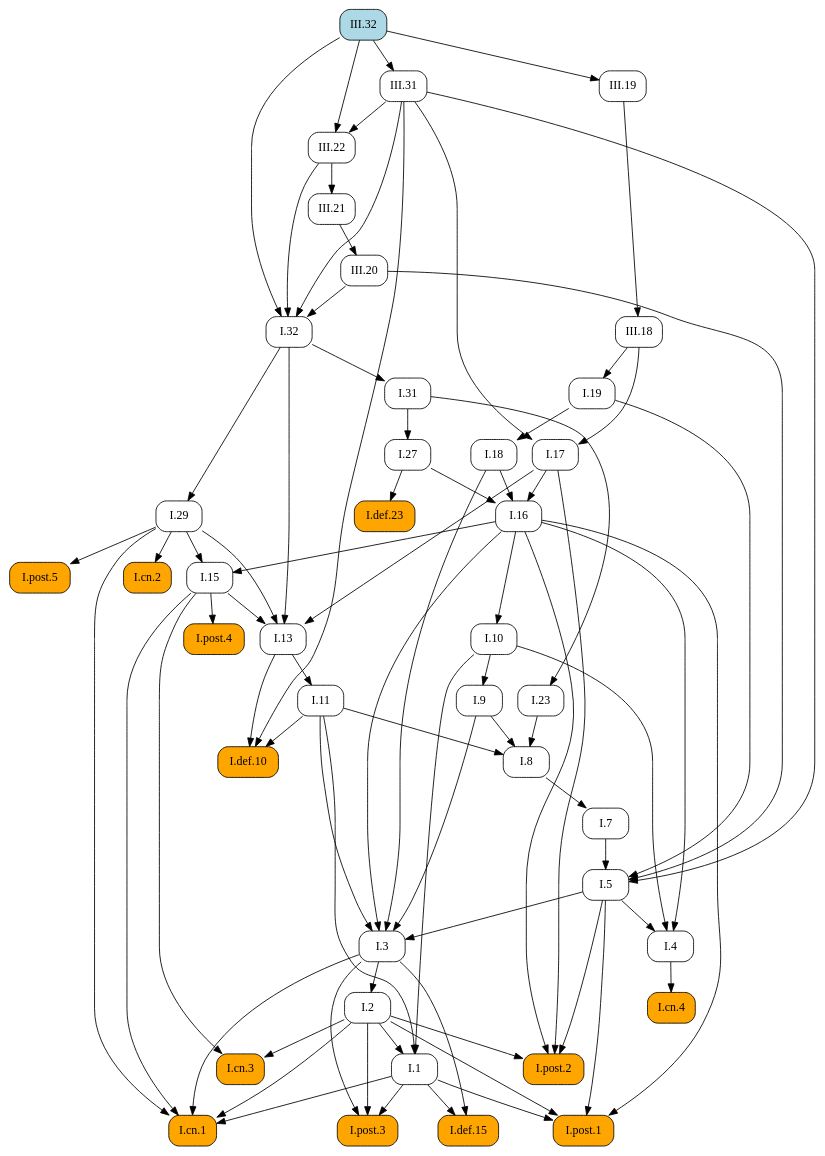
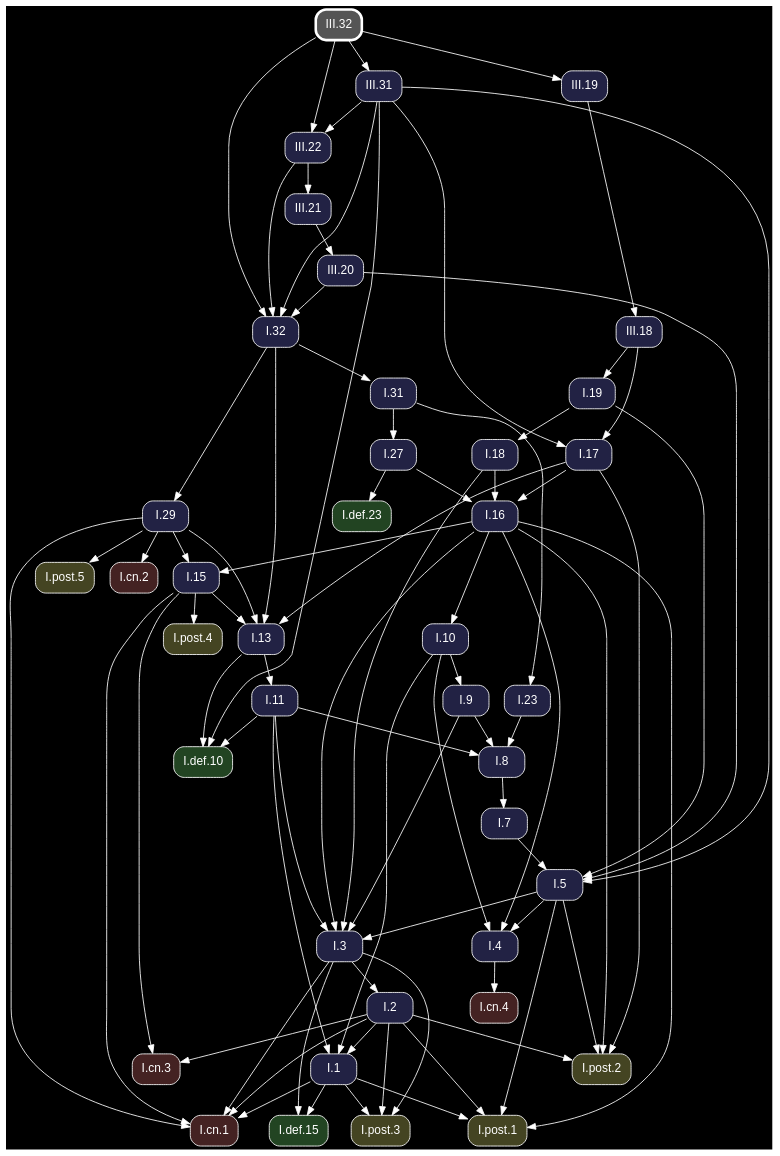
Before and after one commit to geometor/elements: the diagram in docsrc/heath/III/32/index.rst, drawn with Graphviz. The commit also changed other lines of this file and 1200 other files, not shown here.

Commit message:
update dependency graphs

```diff
--- a/docsrc/heath/III/32/index.rst
+++ b/docsrc/heath/III/32/index.rst
@@ -57,74 +57,55 @@
 .. graphviz::
 
    digraph {
+     bgcolor="black";
+     node [shape=box, style="rounded,filled", fontname="Helvetica", color="white", fontcolor="white"];
+     edge [color="white", fontcolor="white"];
      rankdir="TB";
-     node [shape=box, style=rounded];
-     "I.23" [URL="/heath/I/23/", target="_top"];
-     "I.9" [URL="/heath/I/9/", target="_top"];
-     "I.32" [URL="/heath/I/32/", target="_top"];
-     "I.def.15" [style="rounded,filled", fillcolor=orange, URL="/heath/I/def.15/", target="_top"];
-     "I.post.3" [style="rounded,filled", fillcolor=orange, URL="/heath/I/post.3/", target="_top"];
-     "I.post.1" [style="rounded,filled", fillcolor=orange, URL="/heath/I/post.1/", target="_top"];
-     "I.19" [URL="/heath/I/19/", target="_top"];
-     "III.20" [URL="/heath/III/20/", target="_top"];
-     "III.19" [URL="/heath/III/19/", target="_top"];
-     "I.31" [URL="/heath/I/31/", target="_top"];
-     "III.22" [URL="/heath/III/22/", target="_top"];
-     "I.def.10" [style="rounded,filled", fillcolor=orange, URL="/heath/I/def.10/", target="_top"];
-     "I.18" [URL="/heath/I/18/", target="_top"];
-     "I.27" [URL="/heath/I/27/", target="_top"];
-     "I.3" [URL="/heath/I/3/", target="_top"];
-     "I.cn.1" [style="rounded,filled", fillcolor=orange, URL="/heath/I/cn.1/", target="_top"];
-     "III.18" [URL="/heath/III/18/", target="_top"];
-     "I.7" [URL="/heath/I/7/", target="_top"];
-     "I.2" [URL="/heath/I/2/", target="_top"];
-     "III.32" [style="rounded,filled", fillcolor=lightblue, URL="/heath/III/32/", target="_top"];
-     "I.13" [URL="/heath/I/13/", target="_top"];
-     "I.post.4" [style="rounded,filled", fillcolor=orange, URL="/heath/I/post.4/", target="_top"];
-     "I.4" [URL="/heath/I/4/", target="_top"];
-     "I.1" [URL="/heath/I/1/", target="_top"];
-     "I.5" [URL="/heath/I/5/", target="_top"];
-     "I.17" [URL="/heath/I/17/", target="_top"];
-     "I.8" [URL="/heath/I/8/", target="_top"];
-     "I.29" [URL="/heath/I/29/", target="_top"];
-     "I.cn.3" [style="rounded,filled", fillcolor=orange, URL="/heath/I/cn.3/", target="_top"];
-     "I.16" [URL="/heath/I/16/", target="_top"];
-     "III.31" [URL="/heath/III/31/", target="_top"];
-     "I.15" [URL="/heath/I/15/", target="_top"];
-     "I.10" [URL="/heath/I/10/", target="_top"];
-     "I.11" [URL="/heath/I/11/", target="_top"];
-     "I.def.23" [style="rounded,filled", fillcolor=orange, URL="/heath/I/def.23/", target="_top"];
-     "I.cn.2" [style="rounded,filled", fillcolor=orange, URL="/heath/I/cn.2/", target="_top"];
-     "I.post.5" [style="rounded,filled", fillcolor=orange, URL="/heath/I/post.5/", target="_top"];
-     "III.21" [URL="/heath/III/21/", target="_top"];
-     "I.cn.4" [style="rounded,filled", fillcolor=orange, URL="/heath/I/cn.4/", target="_top"];
-     "I.post.2" [style="rounded,filled", fillcolor=orange, URL="/heath/I/post.2/", target="_top"];
-     "I.31" -> "I.23";
-     "I.10" -> "I.9";
+     "I.31" [fillcolor="#222244", URL="/heath/I/31/", target="_top"];
+     "I.32" [fillcolor="#222244", URL="/heath/I/32/", target="_top"];
+     "I.3" [fillcolor="#222244", URL="/heath/I/3/", target="_top"];
+     "I.cn.1" [fillcolor="#442222", URL="/heath/I/cn.1/", target="_top"];
+     "I.19" [fillcolor="#222244", URL="/heath/I/19/", target="_top"];
+     "I.def.10" [fillcolor="#224422", URL="/heath/I/def.10/", target="_top"];
+     "I.15" [fillcolor="#222244", URL="/heath/I/15/", target="_top"];
+     "III.32" [penwidth=3, color="white", fillcolor="#555555", URL="/heath/III/32/", target="_top"];
+     "III.18" [fillcolor="#222244", URL="/heath/III/18/", target="_top"];
+     "I.13" [fillcolor="#222244", URL="/heath/I/13/", target="_top"];
+     "I.27" [fillcolor="#222244", URL="/heath/I/27/", target="_top"];
+     "I.2" [fillcolor="#222244", URL="/heath/I/2/", target="_top"];
+     "I.cn.2" [fillcolor="#442222", URL="/heath/I/cn.2/", target="_top"];
+     "I.9" [fillcolor="#222244", URL="/heath/I/9/", target="_top"];
+     "I.1" [fillcolor="#222244", URL="/heath/I/1/", target="_top"];
+     "I.post.5" [fillcolor="#444422", URL="/heath/I/post.5/", target="_top"];
+     "I.post.4" [fillcolor="#444422", URL="/heath/I/post.4/", target="_top"];
+     "I.23" [fillcolor="#222244", URL="/heath/I/23/", target="_top"];
+     "I.8" [fillcolor="#222244", URL="/heath/I/8/", target="_top"];
+     "I.4" [fillcolor="#222244", URL="/heath/I/4/", target="_top"];
+     "I.7" [fillcolor="#222244", URL="/heath/I/7/", target="_top"];
+     "I.5" [fillcolor="#222244", URL="/heath/I/5/", target="_top"];
+     "I.10" [fillcolor="#222244", URL="/heath/I/10/", target="_top"];
+     "III.22" [fillcolor="#222244", URL="/heath/III/22/", target="_top"];
+     "I.post.1" [fillcolor="#444422", URL="/heath/I/post.1/", target="_top"];
+     "I.11" [fillcolor="#222244", URL="/heath/I/11/", target="_top"];
+     "I.16" [fillcolor="#222244", URL="/heath/I/16/", target="_top"];
+     "I.cn.3" [fillcolor="#442222", URL="/heath/I/cn.3/", target="_top"];
+     "III.21" [fillcolor="#222244", URL="/heath/III/21/", target="_top"];
+     "I.29" [fillcolor="#222244", URL="/heath/I/29/", target="_top"];
+     "I.post.2" [fillcolor="#444422", URL="/heath/I/post.2/", target="_top"];
+     "I.cn.4" [fillcolor="#442222", URL="/heath/I/cn.4/", target="_top"];
+     "I.def.23" [fillcolor="#224422", URL="/heath/I/def.23/", target="_top"];
+     "III.19" [fillcolor="#222244", URL="/heath/III/19/", target="_top"];
+     "III.31" [fillcolor="#222244", URL="/heath/III/31/", target="_top"];
+     "I.post.3" [fillcolor="#444422", URL="/heath/I/post.3/", target="_top"];
+     "I.18" [fillcolor="#222244", URL="/heath/I/18/", target="_top"];
+     "III.20" [fillcolor="#222244", URL="/heath/III/20/", target="_top"];
+     "I.def.15" [fillcolor="#224422", URL="/heath/I/def.15/", target="_top"];
+     "I.17" [fillcolor="#222244", URL="/heath/I/17/", target="_top"];
+     "I.32" -> "I.31";
      "III.20" -> "I.32";
      "III.22" -> "I.32";
      "III.31" -> "I.32";
      "III.32" -> "I.32";
-     "I.1" -> "I.def.15";
-     "I.3" -> "I.def.15";
-     "I.1" -> "I.post.3";
-     "I.2" -> "I.post.3";
-     "I.3" -> "I.post.3";
-     "I.1" -> "I.post.1";
-     "I.2" -> "I.post.1";
-     "I.5" -> "I.post.1";
-     "I.16" -> "I.post.1";
-     "III.18" -> "I.19";
-     "III.21" -> "III.20";
-     "III.32" -> "III.19";
-     "I.32" -> "I.31";
-     "III.31" -> "III.22";
-     "III.32" -> "III.22";
-     "I.11" -> "I.def.10";
-     "I.13" -> "I.def.10";
-     "III.31" -> "I.def.10";
-     "I.19" -> "I.18";
-     "I.31" -> "I.27";
      "I.5" -> "I.3";
      "I.9" -> "I.3";
      "I.11" -> "I.3";
@@ -135,47 +116,68 @@
      "I.3" -> "I.cn.1";
      "I.15" -> "I.cn.1";
      "I.29" -> "I.cn.1";
+     "III.18" -> "I.19";
+     "I.11" -> "I.def.10";
+     "I.13" -> "I.def.10";
+     "III.31" -> "I.def.10";
+     "I.16" -> "I.15";
+     "I.29" -> "I.15";
      "III.19" -> "III.18";
-     "I.8" -> "I.7";
-     "I.3" -> "I.2";
      "I.15" -> "I.13";
      "I.17" -> "I.13";
      "I.29" -> "I.13";
      "I.32" -> "I.13";
+     "I.31" -> "I.27";
+     "I.3" -> "I.2";
+     "I.29" -> "I.cn.2";
+     "I.10" -> "I.9";
+     "I.2" -> "I.1";
+     "I.10" -> "I.1";
+     "I.11" -> "I.1";
+     "I.29" -> "I.post.5";
      "I.15" -> "I.post.4";
+     "I.31" -> "I.23";
+     "I.9" -> "I.8";
+     "I.11" -> "I.8";
+     "I.23" -> "I.8";
      "I.5" -> "I.4";
      "I.10" -> "I.4";
      "I.16" -> "I.4";
-     "I.2" -> "I.1";
-     "I.10" -> "I.1";
-     "I.11" -> "I.1";
+     "I.8" -> "I.7";
      "I.7" -> "I.5";
      "I.19" -> "I.5";
      "III.20" -> "I.5";
      "III.31" -> "I.5";
-     "III.18" -> "I.17";
-     "III.31" -> "I.17";
-     "I.9" -> "I.8";
-     "I.11" -> "I.8";
-     "I.23" -> "I.8";
-     "I.32" -> "I.29";
-     "I.2" -> "I.cn.3";
-     "I.15" -> "I.cn.3";
+     "I.16" -> "I.10";
+     "III.31" -> "III.22";
+     "III.32" -> "III.22";
+     "I.1" -> "I.post.1";
+     "I.2" -> "I.post.1";
+     "I.5" -> "I.post.1";
+     "I.16" -> "I.post.1";
+     "I.13" -> "I.11";
      "I.17" -> "I.16";
      "I.18" -> "I.16";
      "I.27" -> "I.16";
-     "III.32" -> "III.31";
-     "I.16" -> "I.15";
-     "I.29" -> "I.15";
-     "I.16" -> "I.10";
-     "I.13" -> "I.11";
-     "I.27" -> "I.def.23";
-     "I.29" -> "I.cn.2";
-     "I.29" -> "I.post.5";
+     "I.2" -> "I.cn.3";
+     "I.15" -> "I.cn.3";
      "III.22" -> "III.21";
-     "I.4" -> "I.cn.4";
+     "I.32" -> "I.29";
      "I.2" -> "I.post.2";
      "I.5" -> "I.post.2";
      "I.16" -> "I.post.2";
      "I.17" -> "I.post.2";
+     "I.4" -> "I.cn.4";
+     "I.27" -> "I.def.23";
+     "III.32" -> "III.19";
+     "III.32" -> "III.31";
+     "I.1" -> "I.post.3";
+     "I.2" -> "I.post.3";
+     "I.3" -> "I.post.3";
+     "I.19" -> "I.18";
+     "III.21" -> "III.20";
+     "I.1" -> "I.def.15";
+     "I.3" -> "I.def.15";
+     "III.18" -> "I.17";
+     "III.31" -> "I.17";
    }
```
